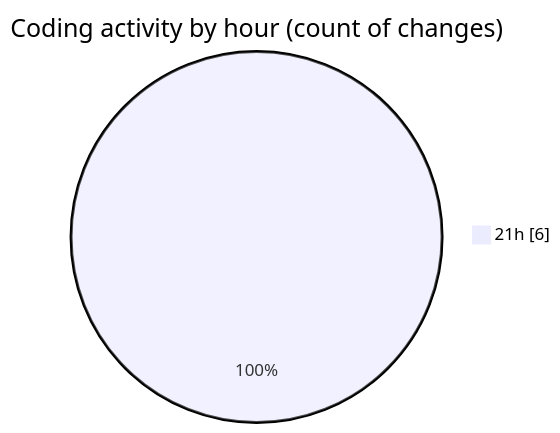
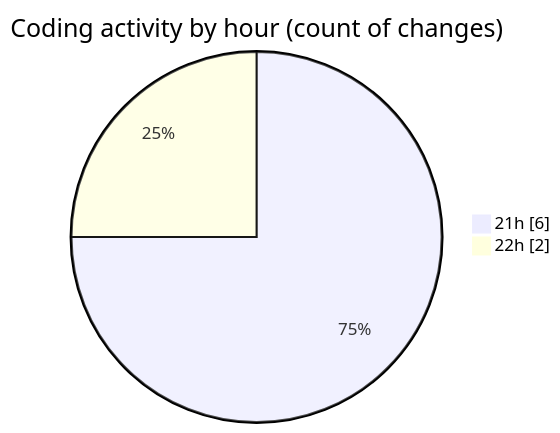
One commit to NitaiMahat/code-tracking changed the second of 2 diagrams in 2025-04-02/startfiles__2_/README.md. Above: the diagram before and after it, drawn with Mermaid. The commit also changed other lines of this file and 1 other file, not shown here.

````diff
--- a/2025-04-02/startfiles__2_/README.md
+++ b/2025-04-02/startfiles__2_/README.md
@@ -33,5 +33,6 @@
 ```mermaid
 pie showData
 title Coding activity by hour (count of changes)
 "21h" : 6
+"22h" : 2
 ```
````
